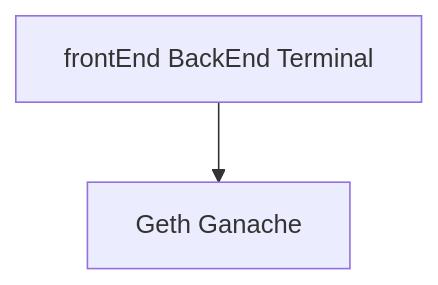
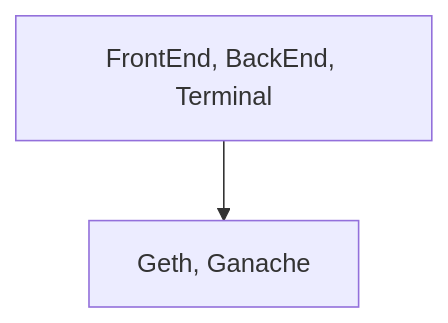
One commit to LeeJaeHyekk/blockchain7 changed the first of 4 diagrams in day97/ReadMe.md. Above: the diagram before and after it, drawn with Mermaid. The commit also changed other lines of this file and 62 other files, not shown here.

````diff
--- a/day97/ReadMe.md
+++ b/day97/ReadMe.md
@@ -75,6 +76,6 @@
 ```mermaid
 flowchart
-A[frontEnd  BackEnd  Terminal]
-B[Geth  Ganache]
+A[FrontEnd, BackEnd, Terminal]
+B[Geth, Ganache]
 A --> B
 ```
````
